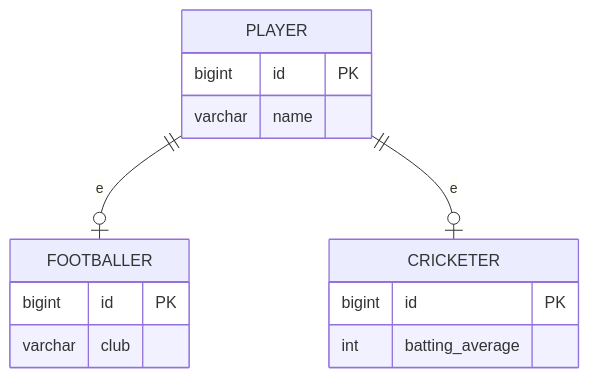
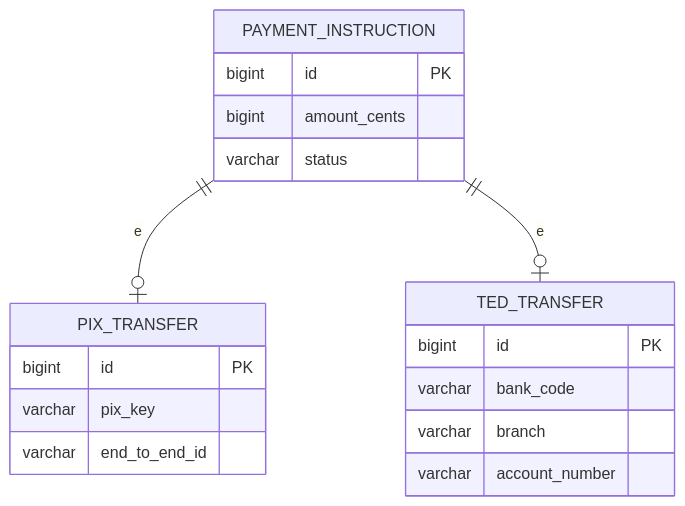
The diagram in docs/design/poeaa/object-relational-structural/class-table-inheritance.md (alancesar/design-patterns), drawn with Mermaid before and after one commit. The commit also changed other lines of this file and 95 other files, not shown here.

First line of the commit message:
Switch PoEAA examples and diagrams to fintech scenarios

````diff
--- a/docs/design/poeaa/object-relational-structural/class-table-inheritance.md
+++ b/docs/design/poeaa/object-relational-structural/class-table-inheritance.md
@@ -52,17 +52,21 @@
 ```mermaid
 erDiagram
-    PLAYER ||--o| FOOTBALLER : e
-    PLAYER ||--o| CRICKETER : e
-    PLAYER {
+    PAYMENT_INSTRUCTION ||--o| PIX_TRANSFER : e
+    PAYMENT_INSTRUCTION ||--o| TED_TRANSFER : e
+    PAYMENT_INSTRUCTION {
         bigint id PK
-        varchar name
+        bigint amount_cents
+        varchar status
     }
-    FOOTBALLER {
+    PIX_TRANSFER {
         bigint id PK
-        varchar club
+        varchar pix_key
+        varchar end_to_end_id
     }
-    CRICKETER {
+    TED_TRANSFER {
         bigint id PK
-        int batting_average
+        varchar bank_code
+        varchar branch
+        varchar account_number
     }
 ```
````
